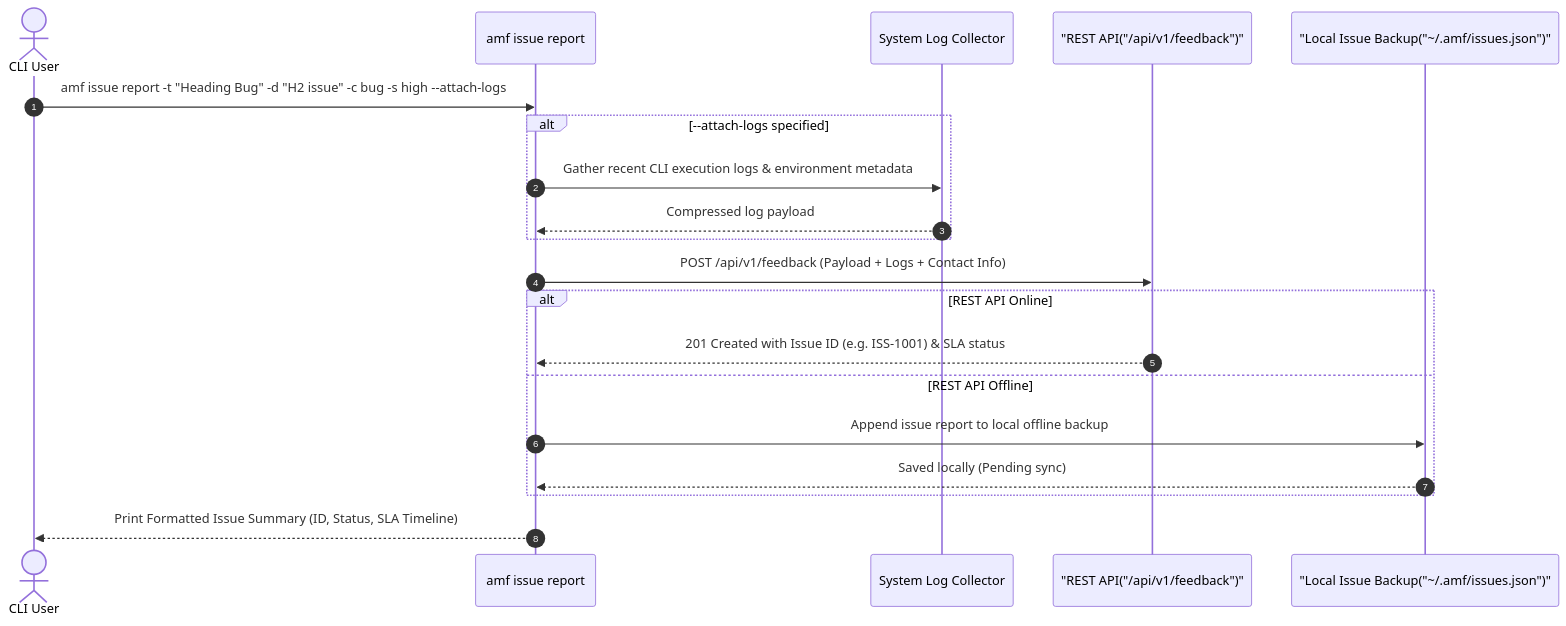
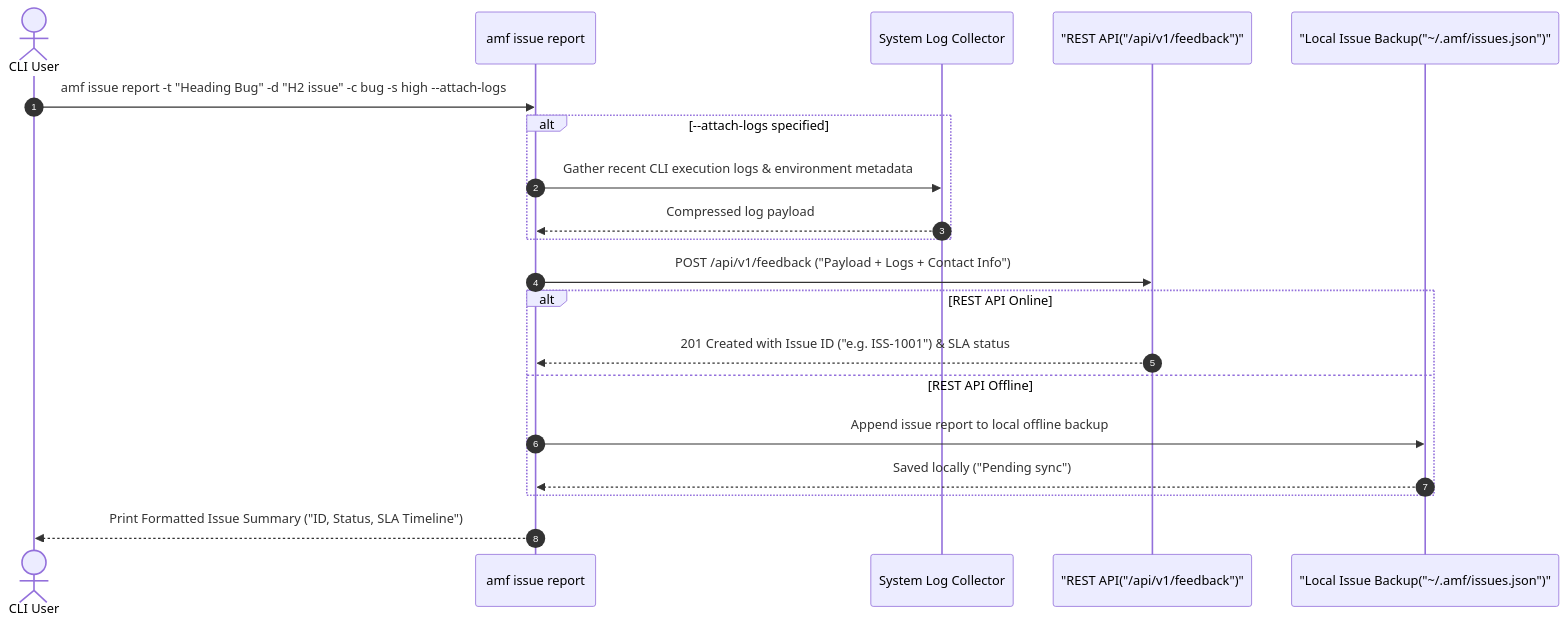
The second of 2 diagrams in docs/docs/cli/reference.md (rohitkumarnaidu/ScholarFormAI), drawn with Mermaid before and after one commit. The commit also changed other lines of this file and 611 other files, not shown here.

````diff
--- a/docs/docs/cli/reference.md
+++ b/docs/docs/cli/reference.md
@@ -74,27 +74,27 @@
 ```mermaid
 sequenceDiagram
     autonumber
     actor User as CLI User
     participant Cmd as amf issue report
     participant Collector as System Log Collector
     participant API as "REST API("/api/v1/feedback")"
     participant LocalStore as "Local Issue Backup("~/.amf/issues.json")"
 
 
     User->>Cmd: amf issue report -t "Heading Bug" -d "H2 issue" -c bug -s high --attach-logs
     alt --attach-logs specified
         Cmd->>Collector: Gather recent CLI execution logs & environment metadata
         Collector-->>Cmd: Compressed log payload
     end
     
-    Cmd->>API: POST /api/v1/feedback (Payload + Logs + Contact Info)
+    Cmd->>API: POST /api/v1/feedback ("Payload + Logs + Contact Info")
     
     alt REST API Online
-        API-->>Cmd: 201 Created with Issue ID (e.g. ISS-1001) & SLA status
+        API-->>Cmd: 201 Created with Issue ID ("e.g. ISS-1001") & SLA status
     else REST API Offline
         Cmd->>LocalStore: Append issue report to local offline backup
-        LocalStore-->>Cmd: Saved locally (Pending sync)
+        LocalStore-->>Cmd: Saved locally ("Pending sync")
     end
 
-    Cmd-->>User: Print Formatted Issue Summary (ID, Status, SLA Timeline)
+    Cmd-->>User: Print Formatted Issue Summary ("ID, Status, SLA Timeline")
 ```
````
